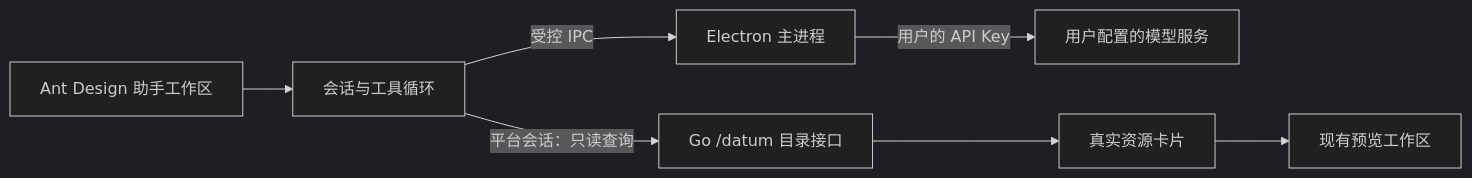
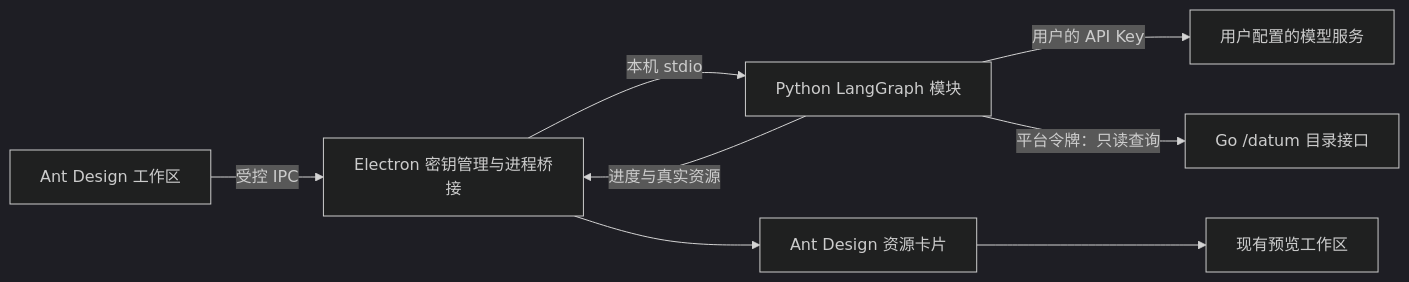
One commit to PezMax/PezMax-Go changed the diagram in PezMax-Desktop/docs/assistant.md. Above: the diagram before and after it, drawn with Mermaid (dark theme). The commit also changed other lines of this file and 25 other files, not shown here.

````diff
--- a/PezMax-Desktop/docs/assistant.md
+++ b/PezMax-Desktop/docs/assistant.md
@@ -40,9 +41,10 @@
 ```mermaid
 flowchart LR
-    UI[Ant Design 助手工作区] --> Runner[会话与工具循环]
-    Runner -->|受控 IPC| Main[Electron 主进程]
-    Main -->|用户的 API Key| Provider[用户配置的模型服务]
-    Runner -->|平台会话：只读查询| Go[Go /datum 目录接口]
-    Go --> Cards[真实资源卡片]
+    UI[Ant Design 工作区] -->|受控 IPC| Main[Electron 密钥管理与进程桥接]
+    Main -->|本机 stdio| Agent[Python LangGraph 模块]
+    Agent -->|用户的 API Key| Provider[用户配置的模型服务]
+    Agent -->|平台令牌：只读查询| Go[Go /datum 目录接口]
+    Agent -->|进度与真实资源| Main
+    Main --> Cards[Ant Design 资源卡片]
     Cards --> Reader[现有预览工作区]
 ```
````
